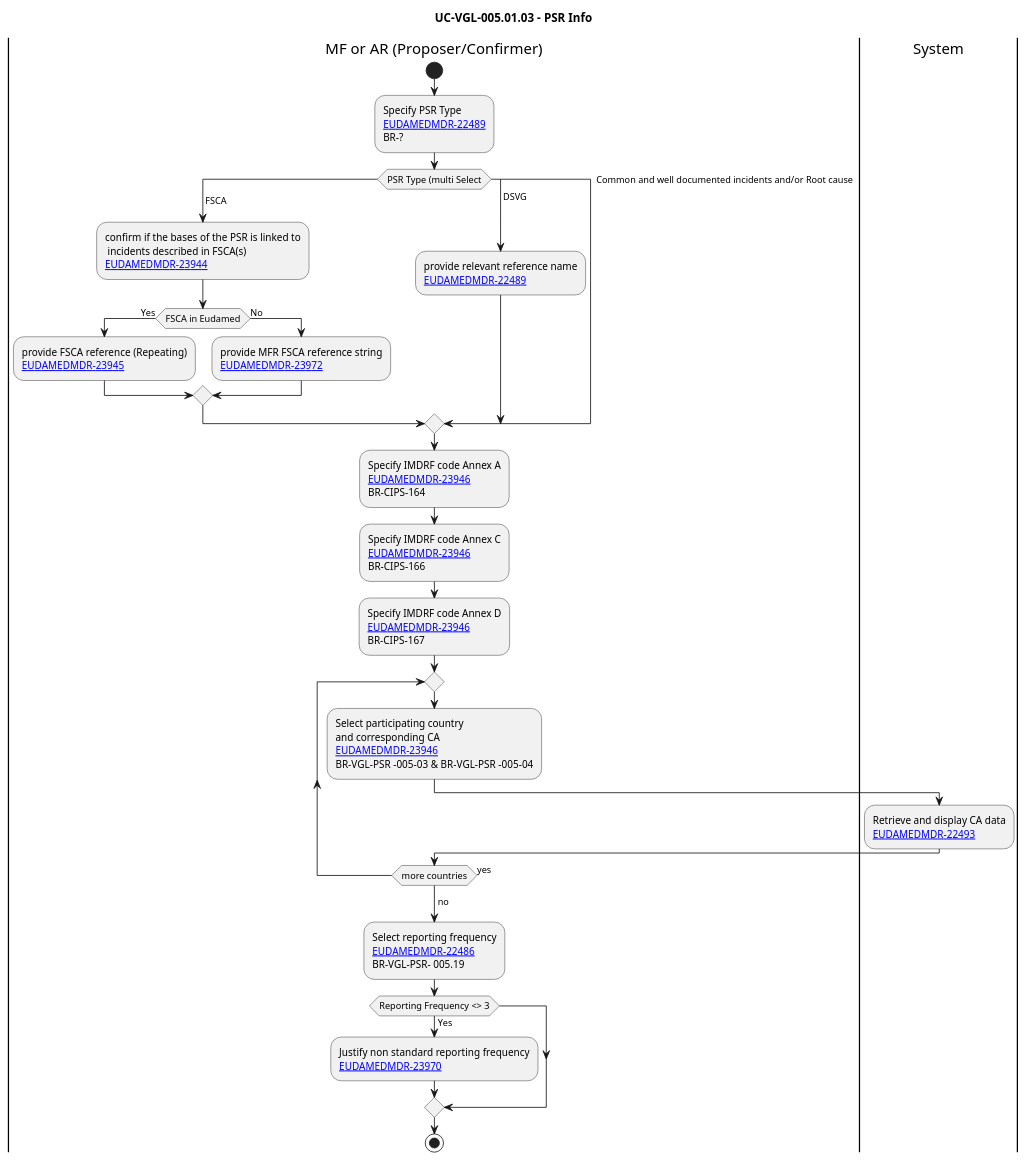
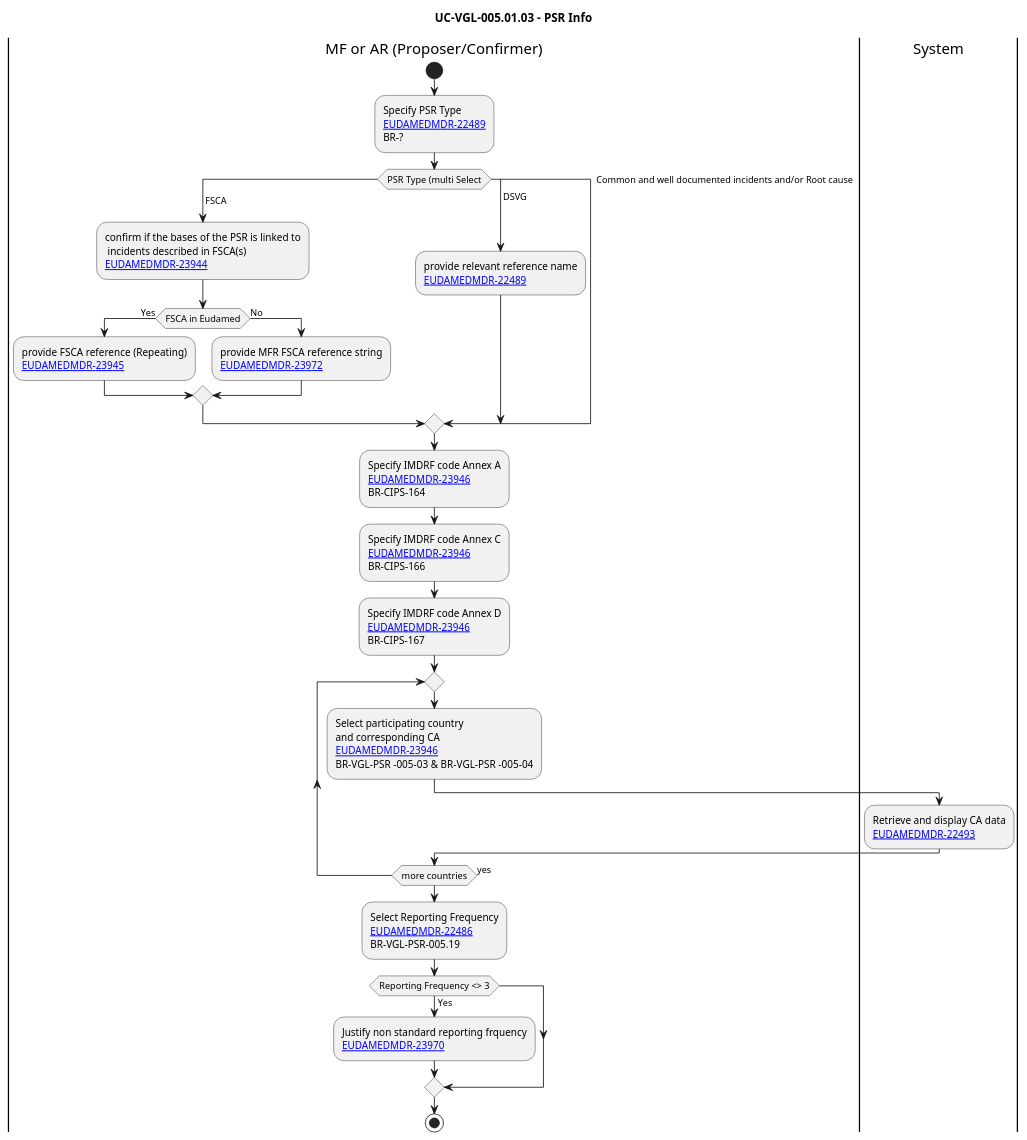
Before and after one commit to Les-Gtec/EUDPlantUML: the diagram in Vigilance/PSR/UC-VGL-005.01.03_PSR_Info-FlowDiagram.puml, drawn with PlantUML.

```diff
--- a/Vigilance/PSR/UC-VGL-005.01.03_PSR_Info-FlowDiagram.puml
+++ b/Vigilance/PSR/UC-VGL-005.01.03_PSR_Info-FlowDiagram.puml
@@ -1,57 +1,56 @@
 @startuml
 title UC-VGL-005.01.03 - PSR Info
 |MF or AR (Proposer/Confirmer)|
 |System|
 |MF or AR (Proposer/Confirmer)|
 start
 :Specify PSR Type
 [[https://citnet.tech.ec.europa.eu/CITnet/jira/browse/EUDAMEDMDR-22489 EUDAMEDMDR-22489]]
 BR-?;
 switch (PSR Type (multi Select)
 case ( FSCA )
   :confirm if the bases of the PSR is linked to
    incidents described in FSCA(s) 
   [[https://citnet.tech.ec.europa.eu/CITnet/jira/browse/EUDAMEDMDR-23944 EUDAMEDMDR-23944]];
   if (FSCA in Eudamed) then (Yes) 
     :provide FSCA reference (Repeating)
     [[https://citnet.tech.ec.europa.eu/CITnet/jira/browse/EUDAMEDMDR-23945 EUDAMEDMDR-23945]];
   else (No)
     :provide MFR FSCA reference string 
     [[https://citnet.tech.ec.europa.eu/CITnet/jira/browse/EUDAMEDMDR-23972 EUDAMEDMDR-23972]];
   endif
 case ( DSVG ) 
   label sp_lab0
   :provide relevant reference name 
   [[https://citnet.tech.ec.europa.eu/CITnet/jira/browse/EUDAMEDMDR-22489 EUDAMEDMDR-22489]];
 case ( Common and well documented incidents and/or Root cause )
 
 endswitch
 :Specify IMDRF code Annex A
 [[https://citnet.tech.ec.europa.eu/CITnet/jira/browse/EUDAMEDMDR-23946 EUDAMEDMDR-23946]]
 BR-CIPS-164;
 :Specify IMDRF code Annex C
 [[https://citnet.tech.ec.europa.eu/CITnet/jira/browse/EUDAMEDMDR-23946 EUDAMEDMDR-23946]]
 BR-CIPS-166;
 :Specify IMDRF code Annex D
 [[https://citnet.tech.ec.europa.eu/CITnet/jira/browse/EUDAMEDMDR-23946 EUDAMEDMDR-23946]]
 BR-CIPS-167;
 repeat
   :Select participating country
   and corresponding CA
   [[https://citnet.tech.ec.europa.eu/CITnet/jira/browse/EUDAMEDMDR-22492 EUDAMEDMDR-23946]]
   BR-VGL-PSR -005-03 & BR-VGL-PSR -005-04; 
   |System|
   :Retrieve and display CA data
   [[https://citnet.tech.ec.europa.eu/CITnet/jira/browse/EUDAMEDMDR-22493 EUDAMEDMDR-22493]];
   |MF or AR (Proposer/Confirmer)|
 repeat while (more countries) is (yes)
-->no;
-:Select reporting frequency
+:Select Reporting Frequency
 [[https://citnet.tech.ec.europa.eu/CITnet/jira/browse/EUDAMEDMDR-22486 EUDAMEDMDR-22486]]
-BR-VGL-PSR- 005.19; 
+BR-VGL-PSR-005.19;
 if (Reporting Frequency <> 3) then (Yes)
-  :Justify non standard reporting frequency
-  [[https://citnet.tech.ec.europa.eu/CITnet/jira/browse/EUDAMEDMDR-23970 EUDAMEDMDR-23970]]; 
+  :Justify non standard reporting frquency
+  [[https://citnet.tech.ec.europa.eu/CITnet/jira/browse/EUDAMEDMDR-23970 EUDAMEDMDR-23970]];
 endif
 stop
 @enduml
```
